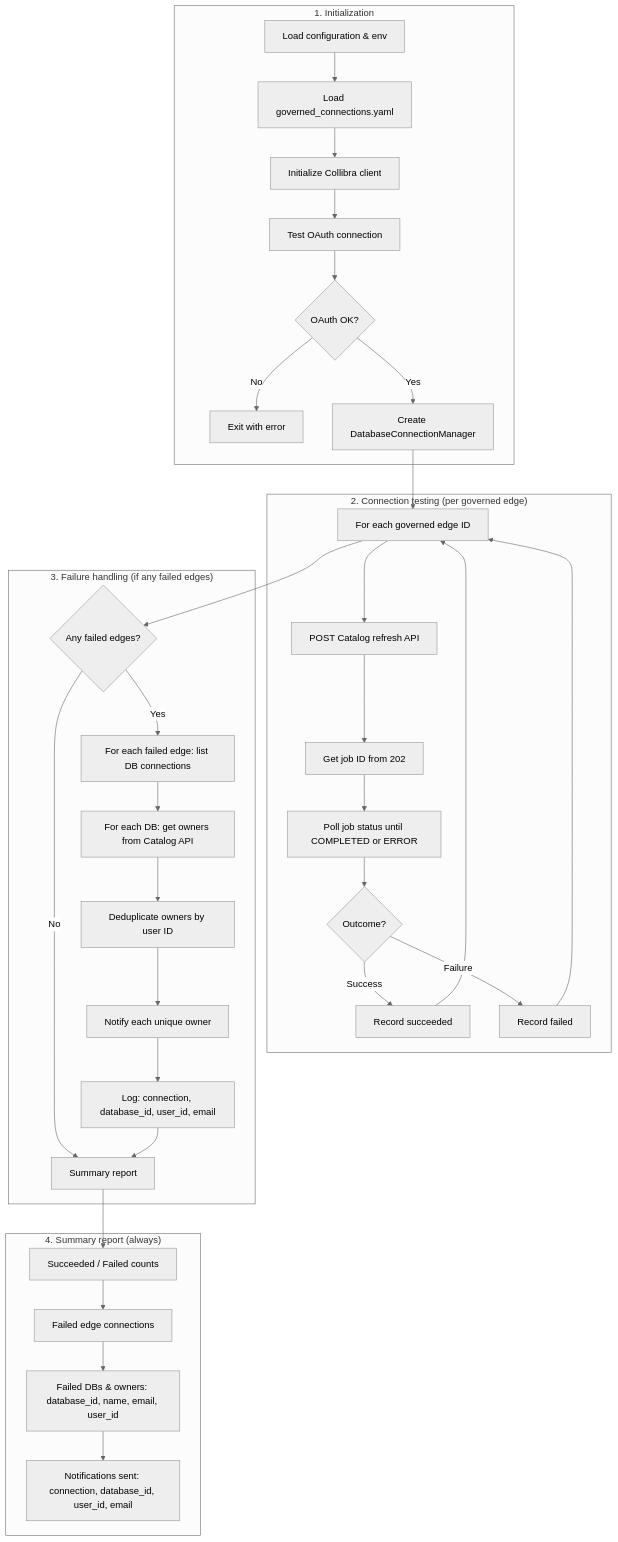
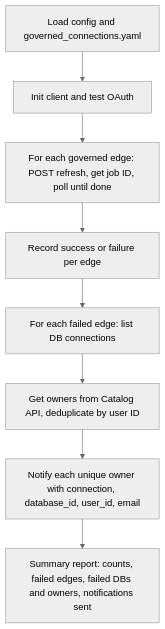
One commit to arnauudG/Collibra-Repository---Automations changed the diagram in Test Connections - Database - Collibra/README.md. Above: the diagram before and after it, drawn with Mermaid (neutral theme).

Commit message:
update project

````diff
--- a/Test Connections - Database - Collibra/README.md
+++ b/Test Connections - Database - Collibra/README.md
@@ -82,41 +82,10 @@
 ```mermaid
 flowchart TD
-    subgraph Init["1. Initialization"]
-        A[Load configuration & env] --> B[Load governed_connections.yaml]
-        B --> C[Initialize Collibra client]
-        C --> D[Test OAuth connection]
-        D --> E{OAuth OK?}
-        E -->|No| F[Exit with error]
-        E -->|Yes| G[Create DatabaseConnectionManager]
-    end
-
-    subgraph Test["2. Connection testing (per governed edge)"]
-        G --> H[For each governed edge ID]
-        H --> I[POST Catalog refresh API]
-        I --> J[Get job ID from 202]
-        J --> K[Poll job status until COMPLETED or ERROR]
-        K --> L{Outcome?}
-        L -->|Success| M[Record succeeded]
-        L -->|Failure| N[Record failed]
-        M --> H
-        N --> H
-    end
-
-    subgraph Notify["3. Failure handling (if any failed edges)"]
-        H --> O{Any failed edges?}
-        O -->|No| P[Summary report]
-        O -->|Yes| Q[For each failed edge: list DB connections]
-        Q --> R[For each DB: get owners from Catalog API]
-        R --> S[Deduplicate owners by user ID]
-        S --> T[Notify each unique owner]
-        T --> U[Log: connection, database_id, user_id, email]
-        U --> P
-    end
-
-    subgraph Report["4. Summary report (always)"]
-        P --> Y[Succeeded / Failed counts]
-        Y --> AA[Failed edge connections]
-        AA --> AB[Failed DBs & owners: database_id, name, email, user_id]
-        AB --> AD["Notifications sent: connection, database_id, user_id, email"]
-    end
+    A[Load config and governed_connections.yaml] --> B[Init client and test OAuth]
+    B --> C[For each governed edge: POST refresh, get job ID, poll until done]
+    C --> D[Record success or failure per edge]
+    D --> E[For each failed edge: list DB connections]
+    E --> F[Get owners from Catalog API, deduplicate by user ID]
+    F --> G[Notify each unique owner with connection, database_id, user_id, email]
+    G --> H[Summary report: counts, failed edges, failed DBs and owners, notifications sent]
 ```
````
